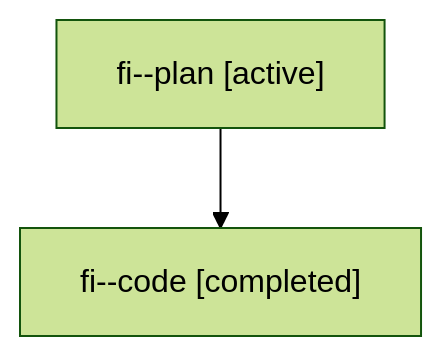
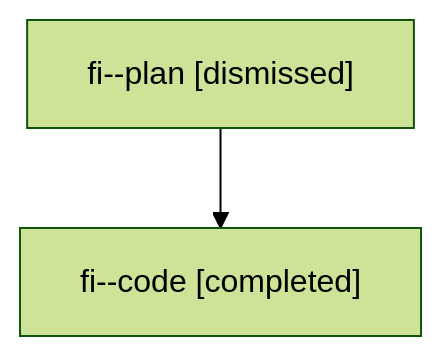
One commit to sase-org/sase--agents changed the diagram in sessions/bbugyi200.athena.fi.md. Above: the diagram before and after it, drawn with Mermaid (forest theme). The commit also changed other lines of this file and 42 other files, not shown here.

````diff
--- a/sessions/bbugyi200.athena.fi.md
+++ b/sessions/bbugyi200.athena.fi.md
@@ -9,6 +9,6 @@
 ```mermaid
 flowchart TD
-  n0["fi--plan [active]"]
+  n0["fi--plan [dismissed]"]
   n1["fi--code [completed]"]
   n0 --> n1
 ```
````
